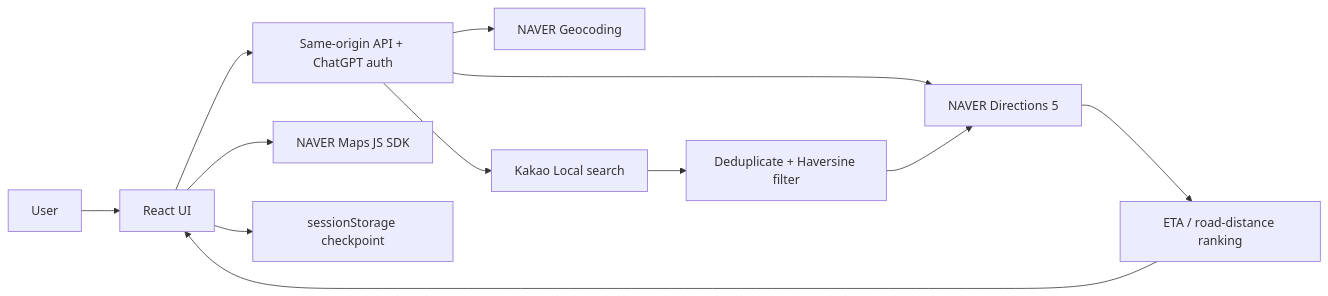
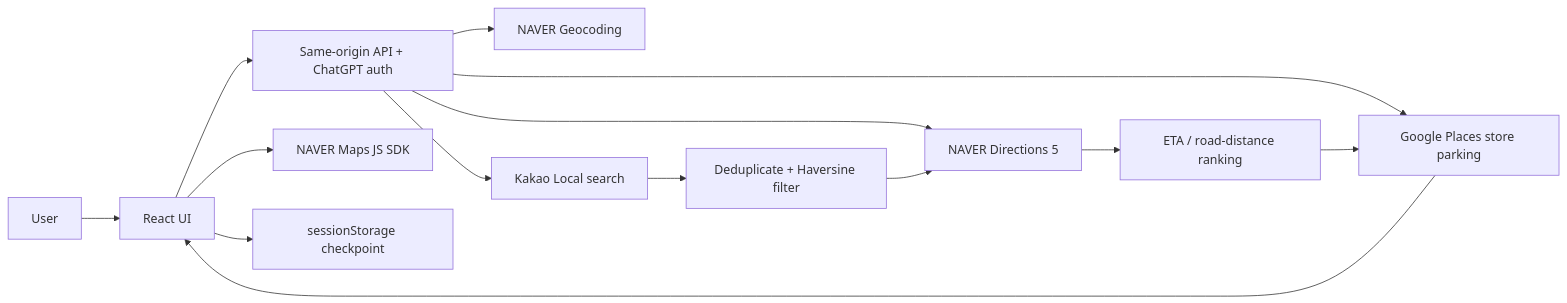
One commit to ban950220-ux/map-bot changed the diagram in ARCHITECTURE.md. Above: the diagram before and after it, drawn with Mermaid. The commit also changed other lines of this file and 16 other files, not shown here.

Commit message:
Add Google store parking enrichment

````diff
--- a/ARCHITECTURE.md
+++ b/ARCHITECTURE.md
@@ -7,14 +7,16 @@
 ```mermaid
 flowchart LR
     U[User] --> UI[React UI]
     UI --> AUTH[Same-origin API + ChatGPT auth]
     AUTH --> GEO[NAVER Geocoding]
     AUTH --> PLACE[Kakao Local search]
     AUTH --> ROUTE[NAVER Directions 5]
+    AUTH --> PARKING[Google Places store parking]
     UI --> MAP[NAVER Maps JS SDK]
     UI --> SESSION[sessionStorage checkpoint]
     PLACE --> FILTER[Deduplicate + Haversine filter]
     FILTER --> ROUTE
     ROUTE --> RANK[ETA / road-distance ranking]
-    RANK --> UI
+    RANK --> PARKING
+    PARKING --> UI
 ```
````
